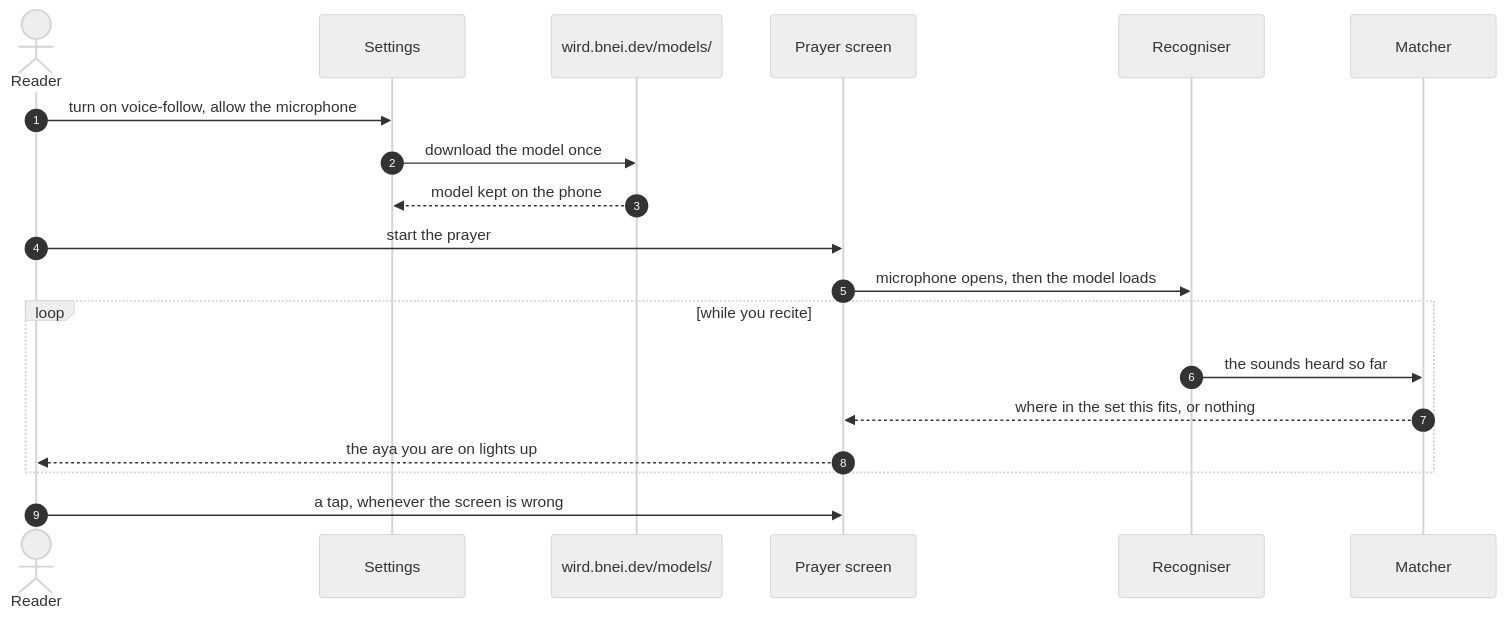
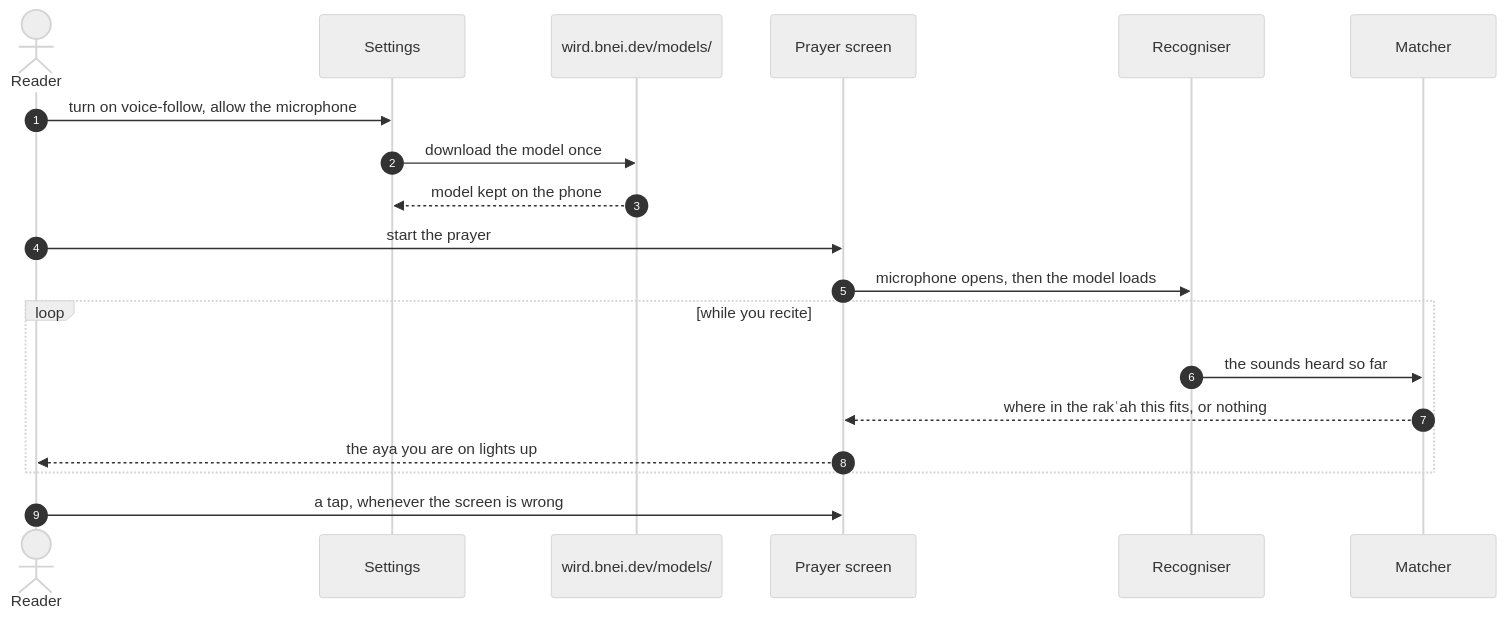
Before and after one commit to MohammadBnei/wird: the diagram in docs/tours/following-your-voice.md, drawn with Mermaid (neutral theme). The commit also changed other lines of this file and 15 other files, not shown here.

````diff
--- a/docs/tours/following-your-voice.md
+++ b/docs/tours/following-your-voice.md
@@ -5,21 +5,21 @@
 ```mermaid
 sequenceDiagram
   autonumber
   actor R as Reader
   participant S as Settings
   participant H as wird.bnei.dev/models/
   participant P as Prayer screen
   participant Rec as Recogniser
   participant M as Matcher
   R->>S: turn on voice-follow, allow the microphone
   S->>H: download the model once
   H-->>S: model kept on the phone
   R->>P: start the prayer
   P->>Rec: microphone opens, then the model loads
   loop while you recite
     Rec->>M: the sounds heard so far
-    M-->>P: where in the set this fits, or nothing
+    M-->>P: where in the rakʿah this fits, or nothing
     P-->>R: the aya you are on lights up
   end
   R->>P: a tap, whenever the screen is wrong
 ```
````
